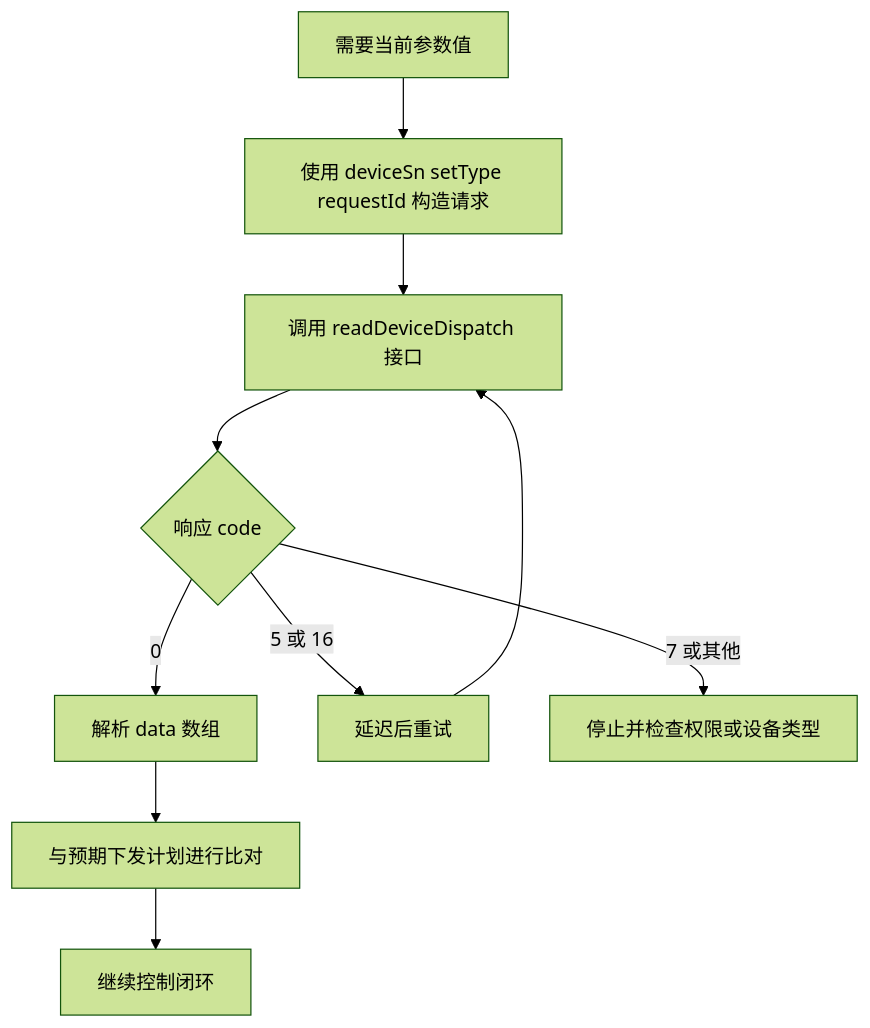
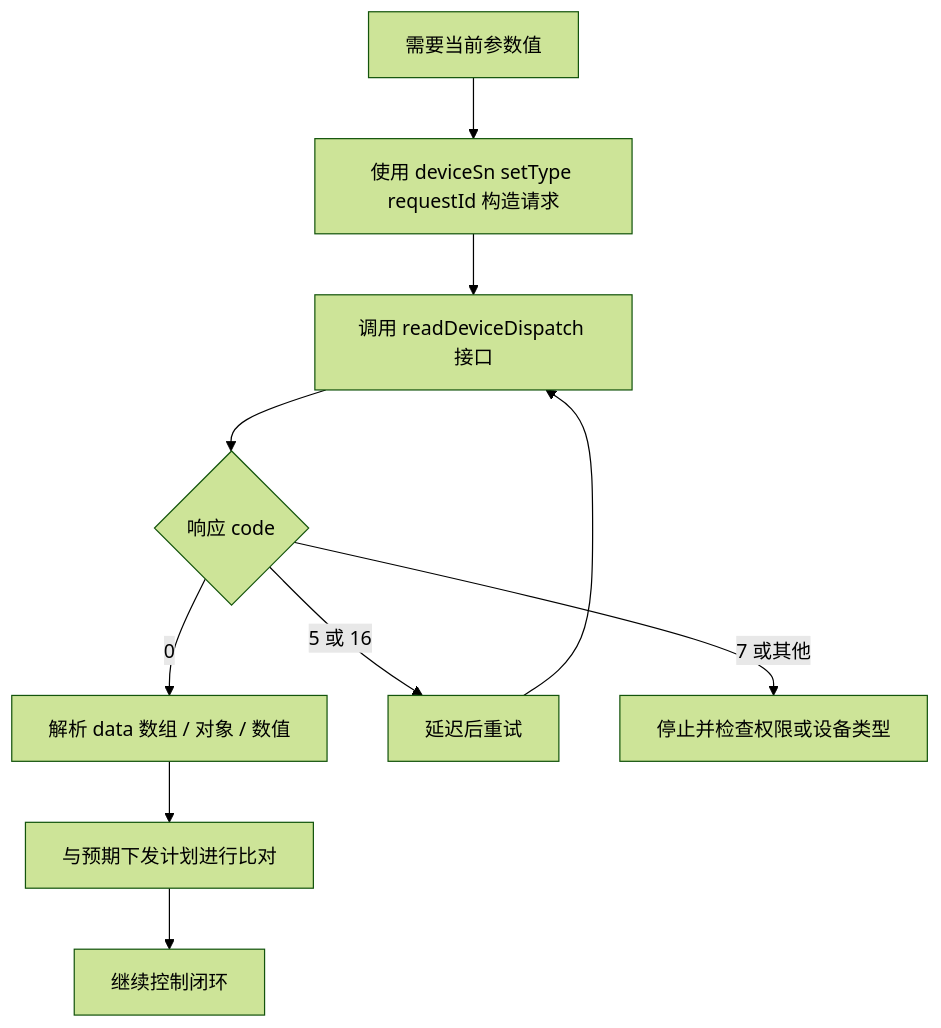
Before and after one commit to EugeneJian/growatt-unified-api: the first of 2 diagrams in Growatt API/OPENAPI.zh-CN/06_api_read_dispatch.md, drawn with Mermaid (forest theme). The commit also changed other lines of this file and 21 other files, not shown here.

````diff
--- a/Growatt API/OPENAPI.zh-CN/06_api_read_dispatch.md
+++ b/Growatt API/OPENAPI.zh-CN/06_api_read_dispatch.md
@@ -21,13 +21,12 @@
 ```mermaid
-%% 本代码严格遵循AI生成Mermaid代码的终极准则v4.1（Mermaid终极大师）
 flowchart TD
     A["需要当前参数值"] --> B["使用 deviceSn setType requestId 构造请求"]
     B --> C["调用 readDeviceDispatch 接口"]
     C --> D{"响应 code"}
-    D -->|"0"| E["解析 data 数组"]
+    D -->|"0"| E["解析 data 数组 / 对象 / 数值"]
     D -->|"5 或 16"| F["延迟后重试"]
     D -->|"7 或其他"| G["停止并检查权限或设备类型"]
     E --> H["与预期下发计划进行比对"]
     H --> I["继续控制闭环"]
     F --> C
 ```
````
